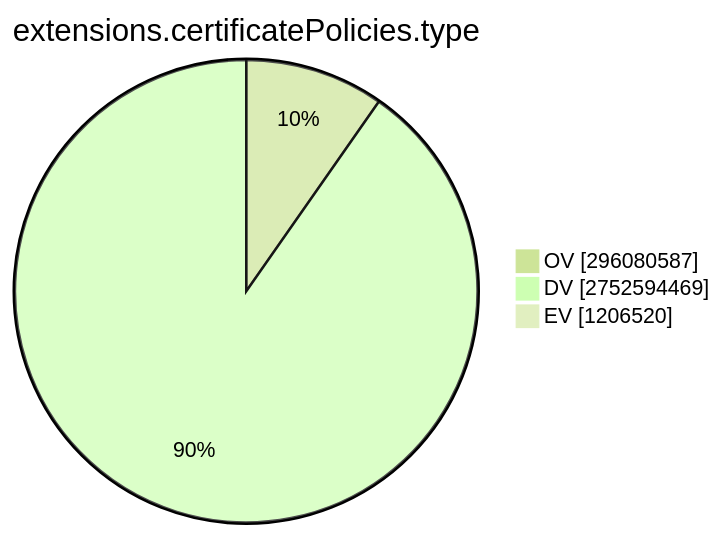
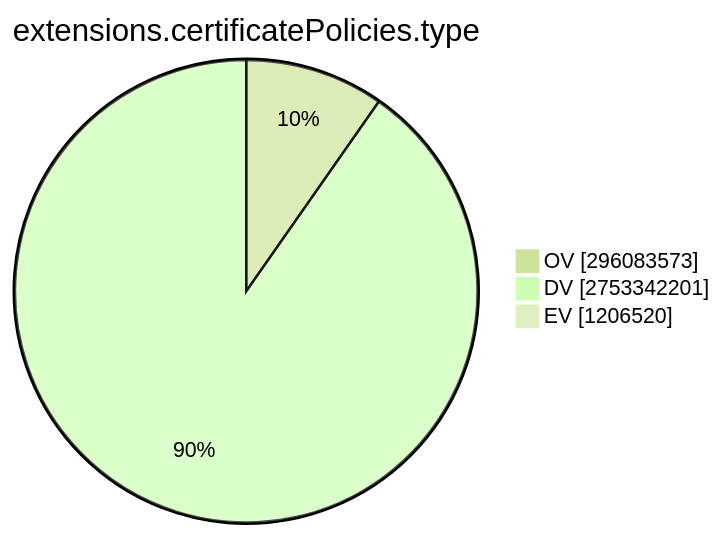
One commit to christiankrug/ctmonitor_visualization changed the ninth of 15 diagrams in TOTAL/README.md. Above: the diagram before and after it, drawn with Mermaid (forest theme). The commit also changed other lines of this file, not shown here.

````diff
--- a/TOTAL/README.md
+++ b/TOTAL/README.md
@@ -3099,7 +3099,7 @@
 ```mermaid
 pie showData
 title extensions.certificatePolicies.type
-"OV" :296080587
-"DV" :2752594469
+"OV" :296083573
+"DV" :2753342201
 "EV" :1206520
 ```
````
